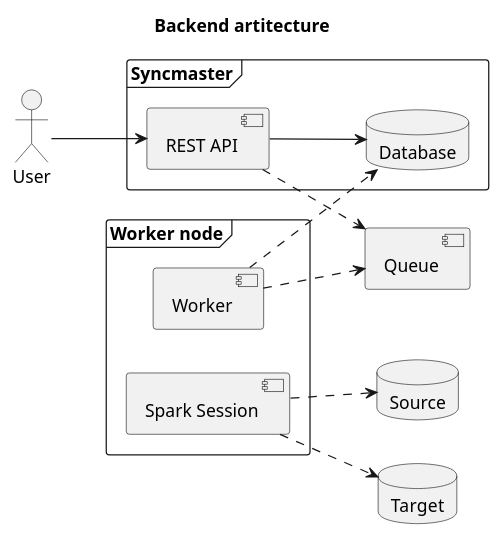
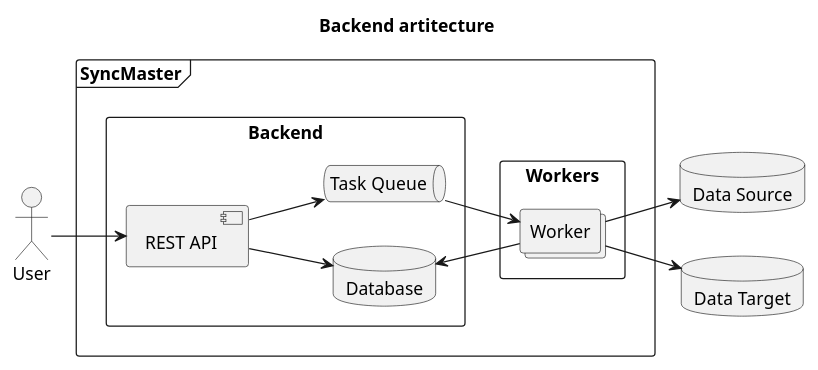
The diagram in docs/backend/architecture.rst (MobileTeleSystems/syncmaster), drawn with PlantUML before and after one commit. The commit also changed 1 other file, not shown here.

Commit message:
[DOP-11710] Update architecture schema

```diff
--- a/docs/backend/architecture.rst
+++ b/docs/backend/architecture.rst
@@ -6,33 +6,34 @@
 .. plantuml::
 
     @startuml
         title Backend artitecture
         skinparam linetype polyline
         left to right direction
 
         actor "User"
 
-        frame "Syncmaster" {
-            component "REST API"
-            database "Database"
+        frame "SyncMaster" {
+            rectangle "Backend" {
+                component "REST API"
+                database "Database"
+                queue "Task Queue"
+            }
+            rectangle "Workers" {
+                collections "Worker"
+            }
         }
 
-        frame "Worker node" {
-            component "Worker"
-            component "Spark Session"
-        }
-
-        database "Source"
-        database "Target"
-
-        component "Queue"
+        database "Data Source"
+        database "Data Target"
 
         [User] --> [REST API]
         [REST API] --> [Database]
-        [REST API] ..> [Queue]
-        [Worker] ..> [Queue]
-        [Worker] ..> [Database]
-        [Spark Session] ..> [Source]
-        [Spark Session] ..> [Target]
+        [REST API] --> [Task Queue]
+
+        [Task Queue] --> [Worker]
+        [Worker] --> [Database]
+
+        [Worker] --> [Data Source]
+        [Worker] --> [Data Target]
 
     @enduml
```
